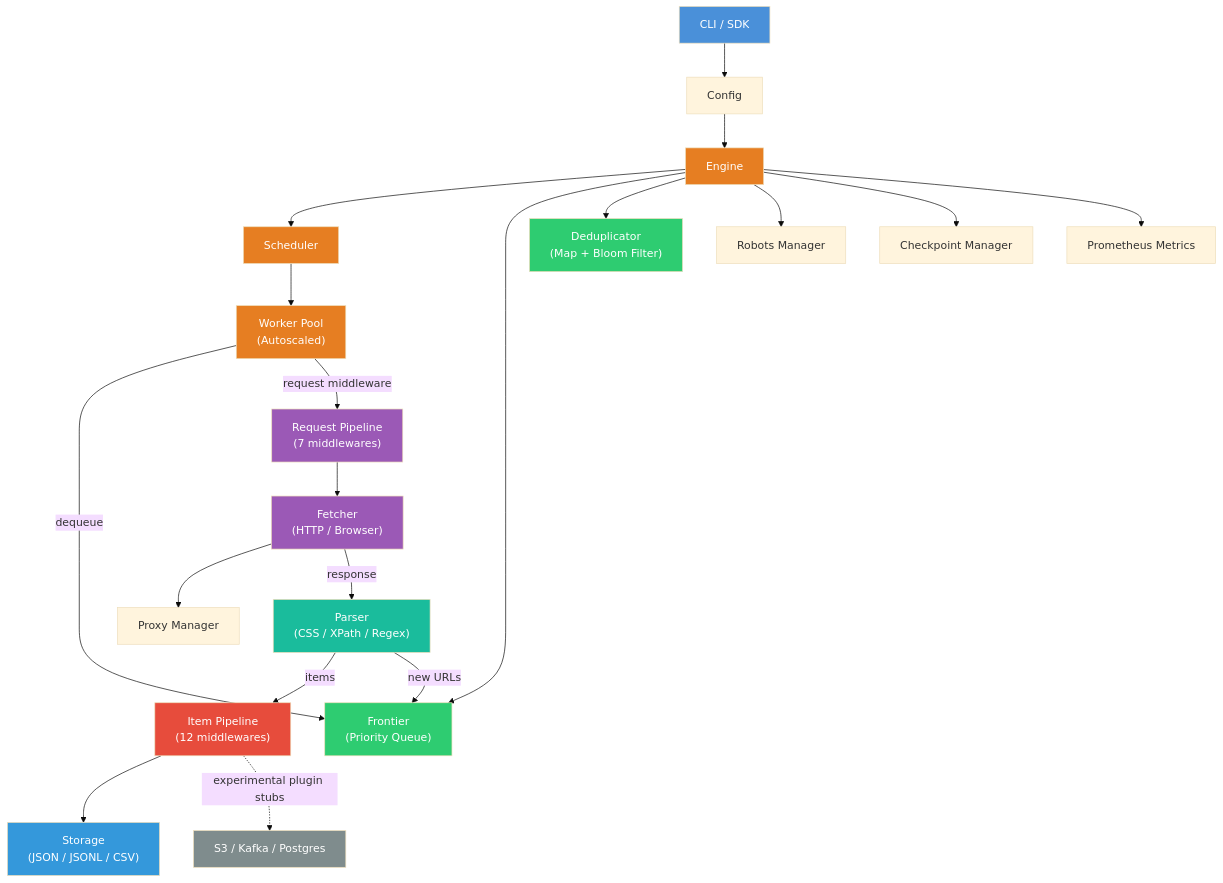
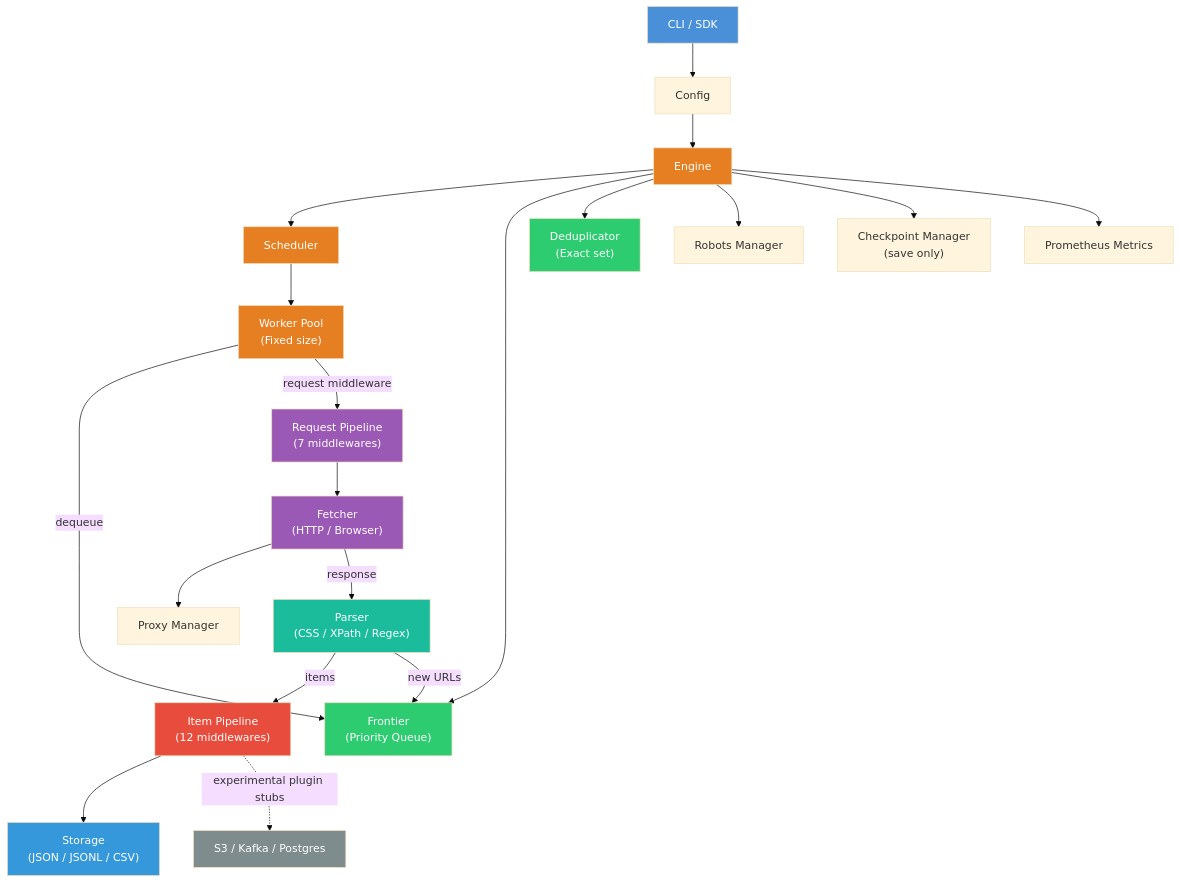
One commit to IshaanNene/ScrapeGoat changed the diagram in README.md. Above: the diagram before and after it, drawn with Mermaid (base theme). The commit also changed other lines of this file and 4 other files, not shown here.

````diff
--- a/README.md
+++ b/README.md
@@ -69,34 +69,34 @@
 ```mermaid
 graph TD
     CLI["CLI / SDK"] --> CFG["Config"]
     CFG --> ENG["Engine"]
     ENG --> SCH["Scheduler"]
     ENG --> FRT["Frontier<br>(Priority Queue)"]
-    ENG --> DDP["Deduplicator<br>(Map + Bloom Filter)"]
+    ENG --> DDP["Deduplicator<br>(Exact set)"]
     ENG --> RBT["Robots Manager"]
-    ENG --> CHK["Checkpoint Manager"]
+    ENG --> CHK["Checkpoint Manager<br>(save only)"]
     ENG --> MET["Prometheus Metrics"]
-    SCH --> WRK["Worker Pool<br>(Autoscaled)"]
+    SCH --> WRK["Worker Pool<br>(Fixed size)"]
     WRK -->|"dequeue"| FRT
     WRK -->|"request middleware"| MID["Request Pipeline<br>(7 middlewares)"]
     MID --> FET["Fetcher<br>(HTTP / Browser)"]
     FET --> PXY["Proxy Manager"]
     FET -->|"response"| PAR["Parser<br>(CSS / XPath / Regex)"]
     PAR -->|"items"| PIP["Item Pipeline<br>(12 middlewares)"]
     PAR -->|"new URLs"| FRT
     PIP --> STR["Storage<br>(JSON / JSONL / CSV)"]
     PIP -. "experimental plugin stubs" .-> PLG["S3 / Kafka / Postgres"]
 
     style CLI fill:#4A90D9,color:#fff
     style ENG fill:#E67E22,color:#fff
     style SCH fill:#E67E22,color:#fff
     style WRK fill:#E67E22,color:#fff
     style FRT fill:#2ECC71,color:#fff
     style DDP fill:#2ECC71,color:#fff
     style MID fill:#9B59B6,color:#fff
     style FET fill:#9B59B6,color:#fff
     style PAR fill:#1ABC9C,color:#fff
     style PIP fill:#E74C3C,color:#fff
     style STR fill:#3498DB,color:#fff
     style PLG fill:#7F8C8D,color:#fff
 ```
````
